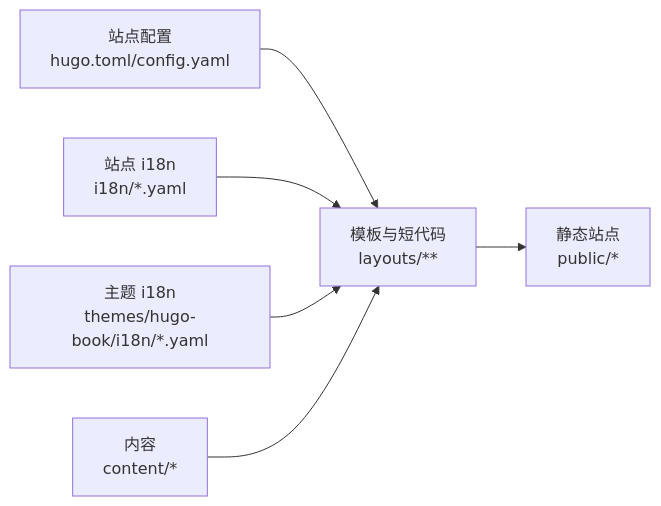
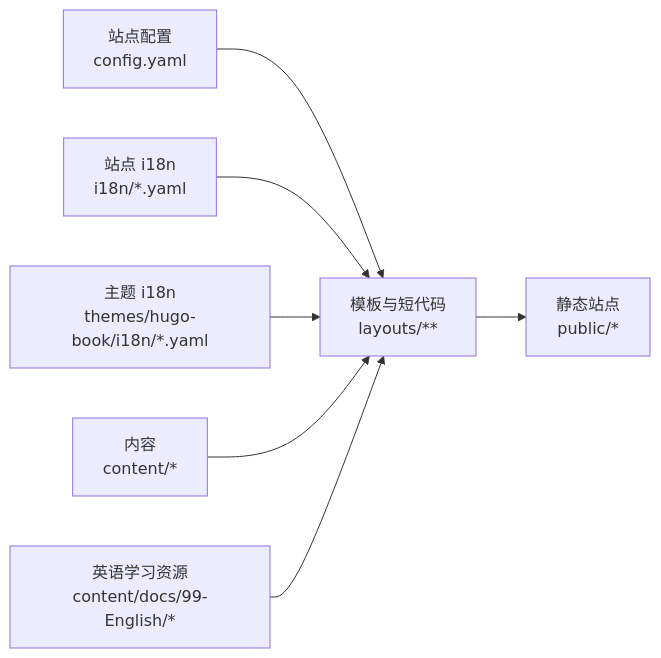
One commit to nianjiang/nianjiang.github.io changed the sixth of 6 diagrams in .qoder/repowiki/zh/content/主题定制/多语言支持.md. Above: the diagram before and after it, drawn with Mermaid. The commit also changed other lines of this file and 21 other files, not shown here.

````diff
--- a/.qoder/repowiki/zh/content/主题定制/多语言支持.md
+++ b/.qoder/repowiki/zh/content/主题定制/多语言支持.md
@@ -248,8 +314,9 @@
 ```mermaid
 graph LR
-CFG["站点配置<br/>hugo.toml/config.yaml"] --> LAYOUTS["模板与短代码<br/>layouts/**"]
+CFG["站点配置<br/>config.yaml"] --> LAYOUTS["模板与短代码<br/>layouts/**"]
 I18N["站点 i18n<br/>i18n/*.yaml"] --> LAYOUTS
 THEME_I18N["主题 i18n<br/>themes/hugo-book/i18n/*.yaml"] --> LAYOUTS
 CONTENT["内容<br/>content/*"] --> LAYOUTS
+ENGLISH_CONTENT["英语学习资源<br/>content/docs/99-English/*"] --> LAYOUTS
 LAYOUTS --> OUTPUT["静态站点<br/>public/*"]
 ```
````
